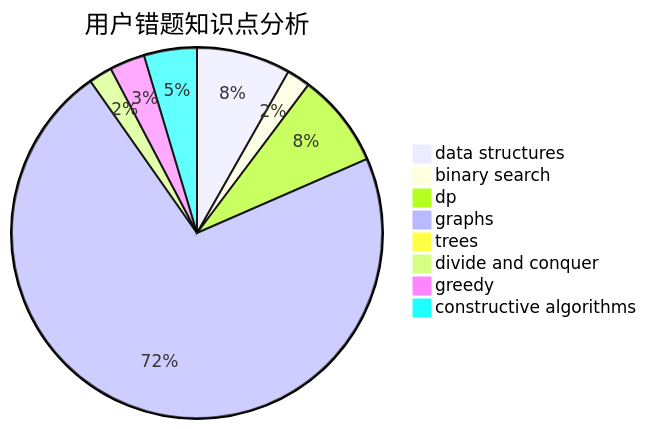
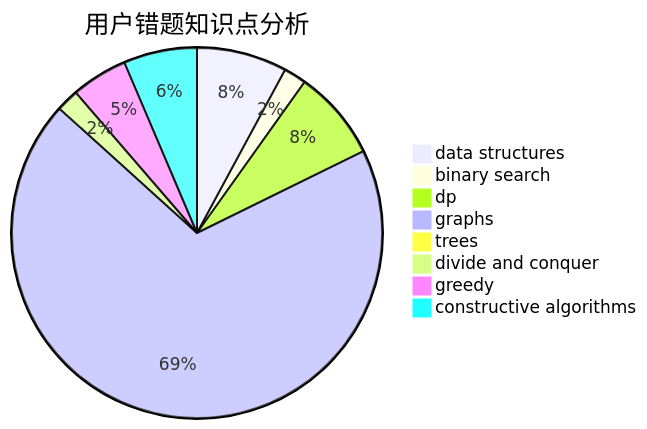
The third of 3 diagrams in docs/user/u1122.md (sherpahu/cfrs.github.io), drawn with Mermaid before and after one commit. The commit also changed other lines of this file and 2770 other files, not shown here.

````diff
--- a/docs/user/u1122.md
+++ b/docs/user/u1122.md
@@ -36,11 +36,11 @@
 ```mermaid
 pie title 用户错题知识点分析
     "data structures" :  16
     "binary search" :  4
     "dp" :  16
     "graphs" :  140
     "trees" :  0
     "divide and conquer" :  4
-    "greedy" :  6
-    "constructive algorithms" :  9
+    "greedy" :  10
+    "constructive algorithms" :  13
 ```
````
